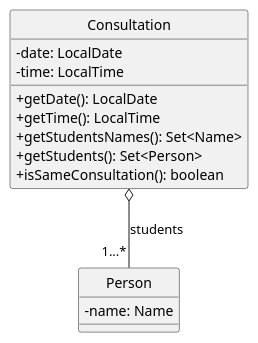
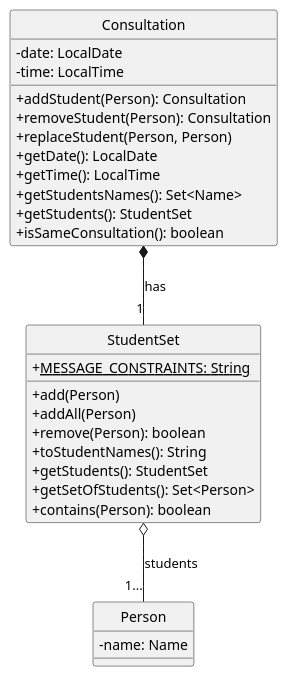
One commit to raydenlim/tp changed the diagram in docs/diagrams/ConsultationClassDiagram.puml. Above: the diagram before and after it, drawn with PlantUML. The commit also changed 4 other files, not shown here.

Commit message:
Add sequence diagram for CreateConsultCommand

```diff
--- a/docs/diagrams/ConsultationClassDiagram.puml
+++ b/docs/diagrams/ConsultationClassDiagram.puml
@@ -1,20 +1,36 @@
-@startuml
+@startuml Consultation
 hide circle
 skinparam classAttributeIconSize 0
 
-Class Consultation {
+class Consultation {
     -date: LocalDate
     -time: LocalTime
+    +addStudent(Person): Consultation
+    +removeStudent(Person): Consultation
+    +replaceStudent(Person, Person)
     +getDate(): LocalDate
     +getTime(): LocalTime
     +getStudentsNames(): Set<Name>
-    +getStudents(): Set<Person>
+    +getStudents(): StudentSet
     +isSameConsultation(): boolean
 }
 
-Class Person {
+class StudentSet {
+    +<u>MESSAGE_CONSTRAINTS: String
+    +add(Person)
+    +addAll(Person)
+    +remove(Person): boolean
+    +toStudentNames(): String
+    +getStudents(): StudentSet
+    +getSetOfStudents(): Set<Person>
+    +contains(Person): boolean
+}
+
+class Person {
     -name: Name
 }
 
-Consultation o-- "1...*" Person : students
+Consultation *-- "1" StudentSet : has
+StudentSet o-- "1..." Person: students
+
 @enduml
```
